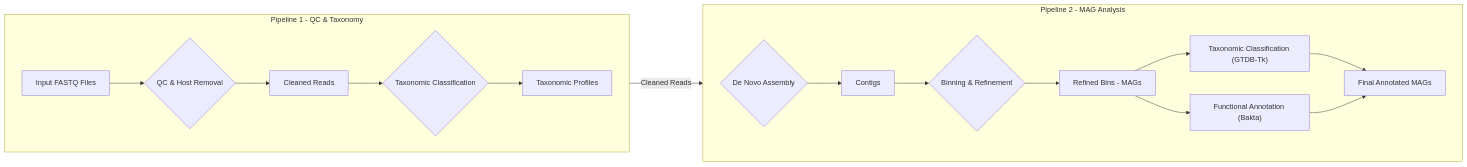
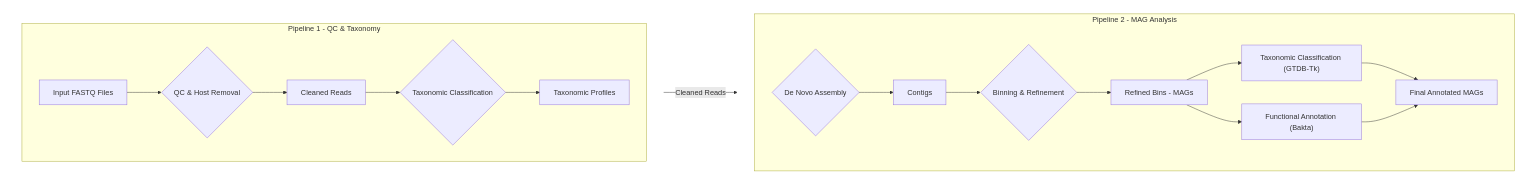
One commit to ystone1101/metagenome-pipeline changed the diagram in README.md. Above: the diagram before and after it, drawn with Mermaid.

Commit message:
docs: Improve and update README.md

````diff
--- a/README.md
+++ b/README.md
@@ -51,23 +51,30 @@
 ```mermaid
 graph LR
-    subgraph Pipeline 1 - QC & Taxonomy
+    subgraph TOP_ROW [ ]
         direction LR
-        A[Input FASTQ Files] --> B{QC & Host Removal};
-        B --> C[Cleaned Reads];
-        C --> D{Taxonomic Classification};
-        D --> E[Taxonomic Profiles];
+        subgraph Pipeline 1 - QC & Taxonomy
+            A[Input FASTQ Files] --> B{QC & Host Removal};
+            B --> C[Cleaned Reads];
+            C --> D{Taxonomic Classification};
+            D --> E[Taxonomic Profiles];
+        end
     end
 
-    subgraph Pipeline 2 - MAG Analysis
+    subgraph BOTTOM_ROW [ ]
         direction LR
-        G{De Novo Assembly} --> H[Contigs];
-        H --> I{Binning & Refinement};
-        I --> J[Refined Bins - MAGs];
-        J --> K["Taxonomic Classification (GTDB-Tk)"];
-        J --> M["Functional Annotation (Bakta)"];
-        K --> L[Final Annotated MAGs];
-        M --> L;
+        subgraph Pipeline 2 - MAG Analysis
+            G{De Novo Assembly} --> H[Contigs];
+            H --> I{Binning & Refinement};
+            I --> J[Refined Bins - MAGs];
+            J --> K["Taxonomic Classification (GTDB-Tk)"];
+            J --> M["Functional Annotation (Bakta)"];
+            K --> L[Final Annotated MAGs];
+            M --> L;
+        end
     end
 
     C -- Cleaned Reads --> G;
+
+    style TOP_ROW fill:none,stroke:none
+    style BOTTOM_ROW fill:none,stroke:none
 ```
````
